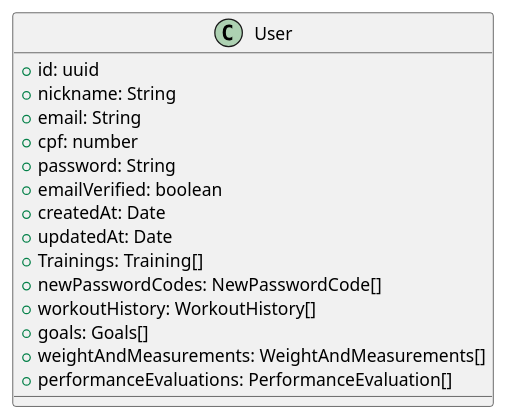
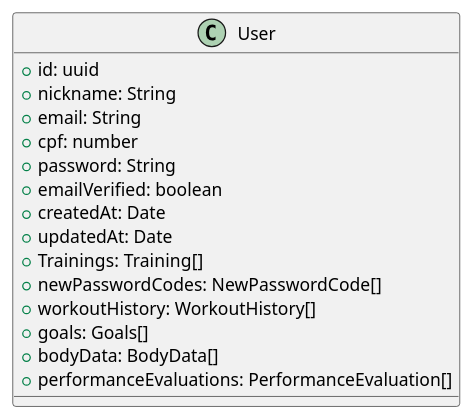
Before and after one commit to LucasReisV1337/api-gym: the diagram in uml/User/entity.wsd, drawn with PlantUML. The commit also changed 10 other files, not shown here.

```diff
--- a/uml/User/entity.wsd
+++ b/uml/User/entity.wsd
@@ -1,20 +1,20 @@
 @startuml
 
 class User {
   + id: uuid
   + nickname: String
   + email: String
   + cpf: number
   + password: String
   + emailVerified: boolean
   + createdAt: Date
   + updatedAt: Date
   + Trainings: Training[]
   + newPasswordCodes: NewPasswordCode[]
   + workoutHistory: WorkoutHistory[]
   + goals: Goals[]
-  + weightAndMeasurements: WeightAndMeasurements[]
+  + bodyData: BodyData[]
   + performanceEvaluations: PerformanceEvaluation[]
 }
 
 @enduml
```
